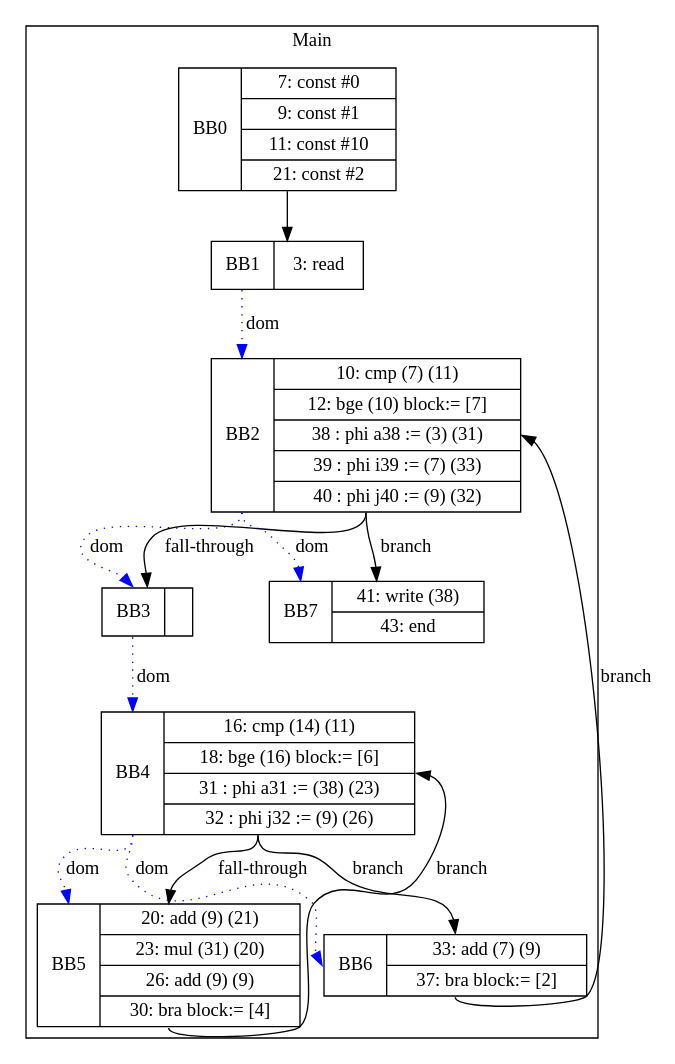
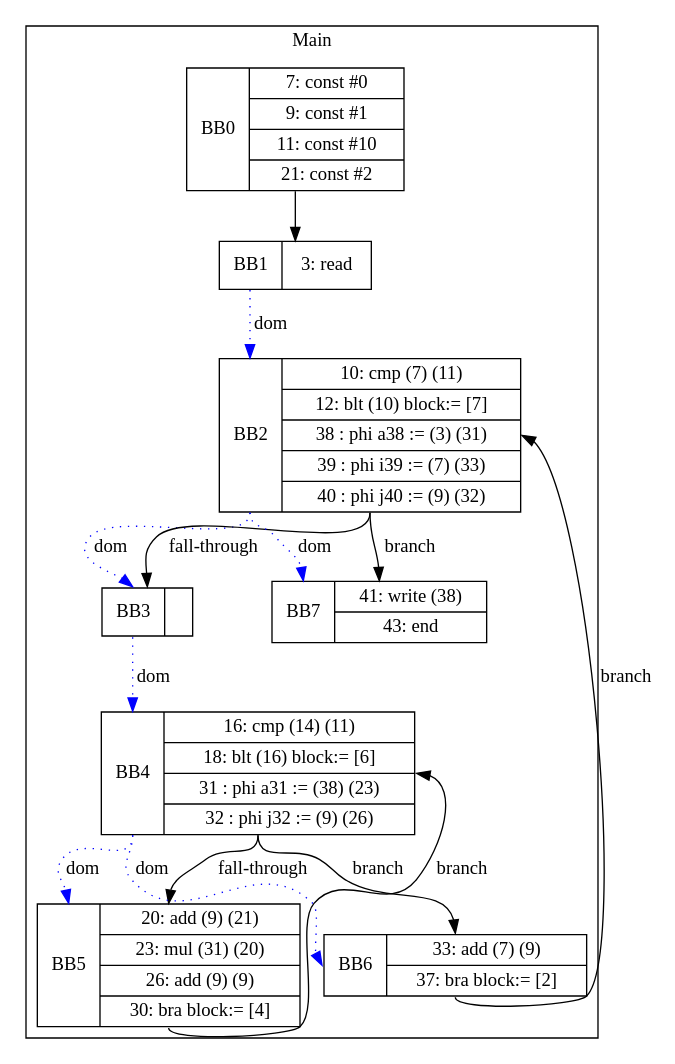
One commit to zjc664656505/UCI-CS241-Advanced-Compiler-main changed the diagram in visualization/Ricky/whileTests/nestedwhile/basicNestedWhile.gv. Above: the diagram before and after it, drawn with Graphviz. The commit also changed 46 other files, not shown here.

```diff
--- a/visualization/Ricky/whileTests/nestedwhile/basicNestedWhile.gv
+++ b/visualization/Ricky/whileTests/nestedwhile/basicNestedWhile.gv
@@ -1,27 +1,27 @@
 digraph G {
 node [shape=record];
 subgraph cluster_main{
 label = "Main";
 BB0 [shape=record, label="<b>BB0|{7: const #0|9: const #1|11: const #10|21: const #2}"];
 BB1 [shape=record, label="<b>BB1|{3: read}"];
-BB2 [shape=record, label="<b>BB2|{10: cmp (7) (11)|12: bge (10) block:= [7]|38 : phi a38 := (3) (31)|39 : phi i39 := (7) (33)|40 : phi j40 := (9) (32)}"];
+BB2 [shape=record, label="<b>BB2|{10: cmp (7) (11)|12: blt (10) block:= [7]|38 : phi a38 := (3) (31)|39 : phi i39 := (7) (33)|40 : phi j40 := (9) (32)}"];
 BB3 [shape=record, label="<b>BB3|}"];
-BB4 [shape=record, label="<b>BB4|{16: cmp (14) (11)|18: bge (16) block:= [6]|31 : phi a31 := (38) (23)|32 : phi j32 := (9) (26)}"];
+BB4 [shape=record, label="<b>BB4|{16: cmp (14) (11)|18: blt (16) block:= [6]|31 : phi a31 := (38) (23)|32 : phi j32 := (9) (26)}"];
 BB5 [shape=record, label="<b>BB5|{20: add (9) (21)|23: mul (31) (20)|26: add (9) (9)|30: bra block:= [4]}"];
 BB6 [shape=record, label="<b>BB6|{33: add (7) (9)|37: bra block:= [2]}"];
 BB7 [shape=record, label="<b>BB7|{41: write (38)|43: end}"];
 }
 BB0:s -> BB1:n ;
 BB1:b -> BB2:b [color=blue, style=dotted, label="dom"];
 BB3:b -> BB4:b [color=blue, style=dotted, label="dom"];
 BB2:b -> BB7:b [color=blue, style=dotted, label="dom"];
 BB4:b -> BB6:b [color=blue, style=dotted, label="dom"];
 BB2:b -> BB3:b [color=blue, style=dotted, label="dom"];
 BB4:b -> BB5:b [color=blue, style=dotted, label="dom"];
 BB4:s -> BB6:n [label="branch"];
 BB2:s -> BB7:n [label="branch"];
 BB6:s -> BB2:e [label="branch"];
 BB5:s -> BB4:e [label="branch"];
 BB2:s -> BB3:n [label="fall-through"];
 BB4:s -> BB5:n [label="fall-through"];
 }
```
